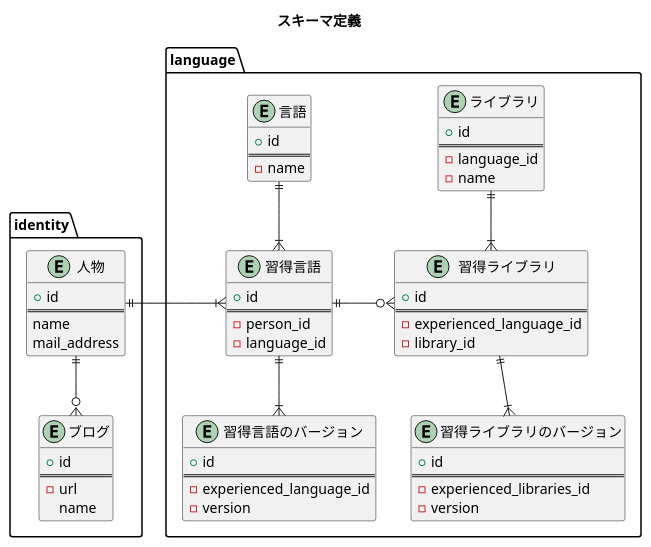
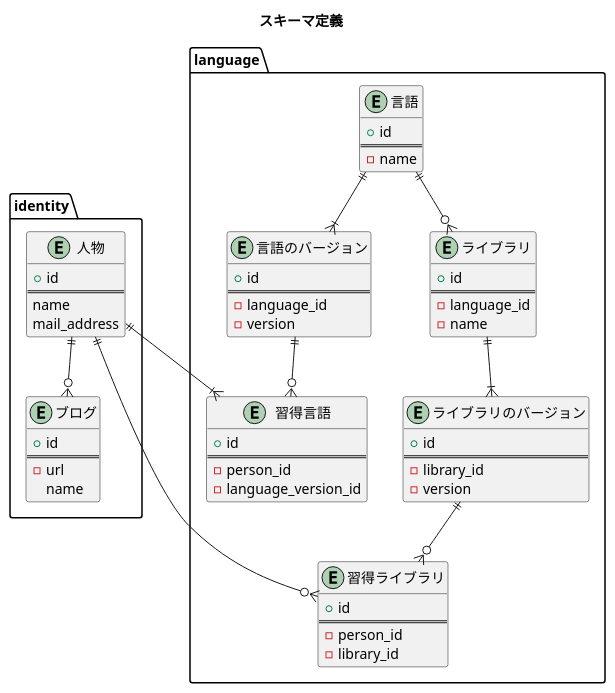
One commit to igm50/portfolio-react changed the diagram in prisma/docs/schema.pu. Above: the diagram before and after it, drawn with PlantUML. The commit also changed 2 other files, not shown here.

```diff
--- a/prisma/docs/schema.pu
+++ b/prisma/docs/schema.pu
@@ -1,76 +1,78 @@
 @startuml
 
 title スキーマ定義
 
 package identity {
 
   entity "人物" as persons {
     + id
     ====
     name
     mail_address
   }
 
   entity "ブログ" as blogs {
     + id
     ===
     - url
     name
   }
 
   persons ||--o{ blogs
 }
 
 package language {
 
   entity "言語" as languages {
     + id
     ===
     - name
   }
 
+  entity "言語のバージョン" as language_versions {
+    + id
+    ===
+    - language_id
+    - version
+  }
+
+  entity "習得言語" as experienced_languages {
+    + id
+    ===
+    - person_id
+    - language_version_id
+  }
+
   entity "ライブラリ" as libraries {
     + id
     ===
     - language_id
     - name
   }
 
-  entity "習得言語" as experienced_languages {
+  entity "ライブラリのバージョン" as library_versions {
     + id
     ===
-    - person_id
-    - language_id
-  }
-
-  entity "習得言語のバージョン" as experienced_language_versions {
-    + id
-    ===
-    - experienced_language_id
+    - library_id
     - version
   }
 
   entity "習得ライブラリ" as experienced_libraries {
     + id
     ===
-    - experienced_language_id
+    - person_id
     - library_id
   }
 
-  entity "習得ライブラリのバージョン" as library_versions {
-    + id
-    ===
-    - experienced_libraries_id
-    - version
-  }
+  languages ||--|{ language_versions
+  language_versions ||--o{ experienced_languages
 
-  languages ||-down-|{ experienced_languages
-  experienced_languages ||-down-|{ experienced_language_versions
-  libraries ||-down-|{ experienced_libraries
-  experienced_libraries ||-down-|{ library_versions
+  languages ||--o{ libraries
+  libraries ||--|{ library_versions
+  library_versions ||--o{ experienced_libraries
 
-  persons ||-right-|{ experienced_languages
-  experienced_languages ||-right-o{ experienced_libraries
+  persons ||--|{ experienced_languages
+  persons ||--o{ experienced_libraries
 }
 
 @enduml
```
